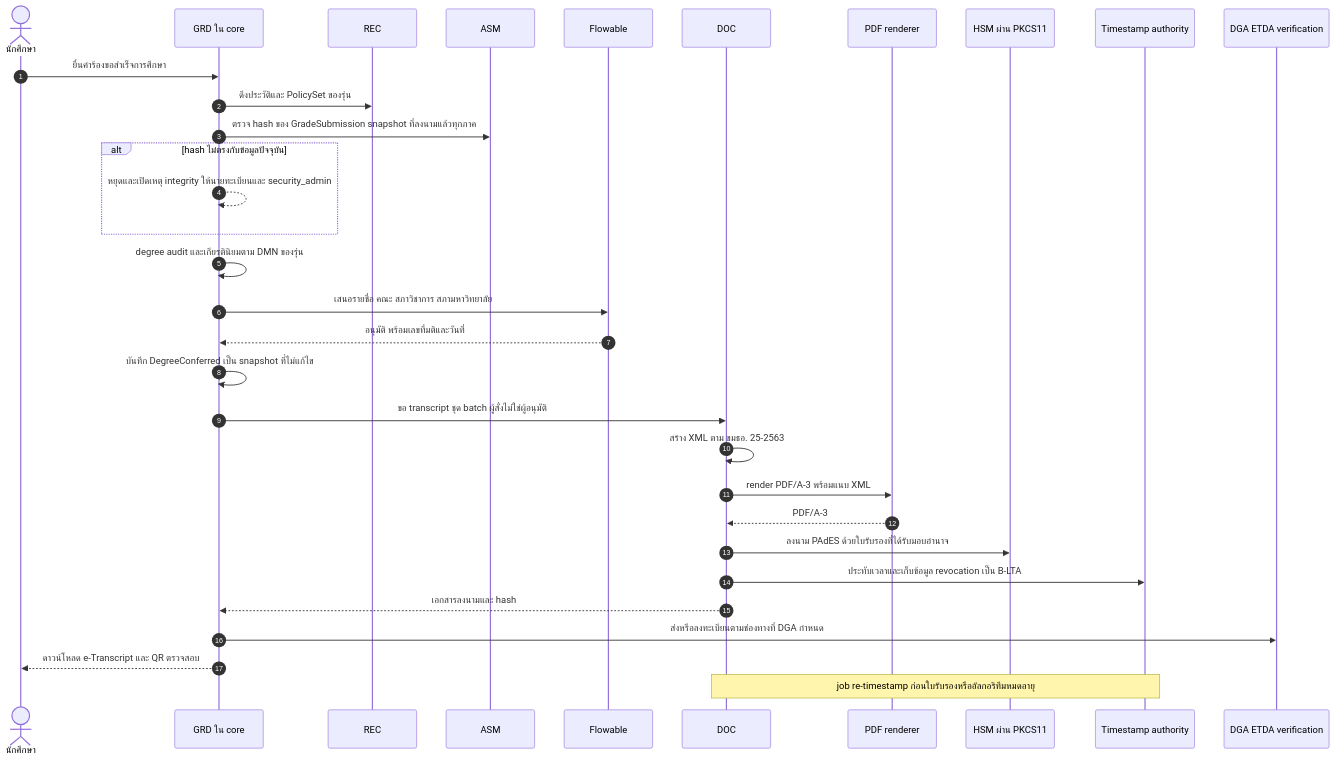
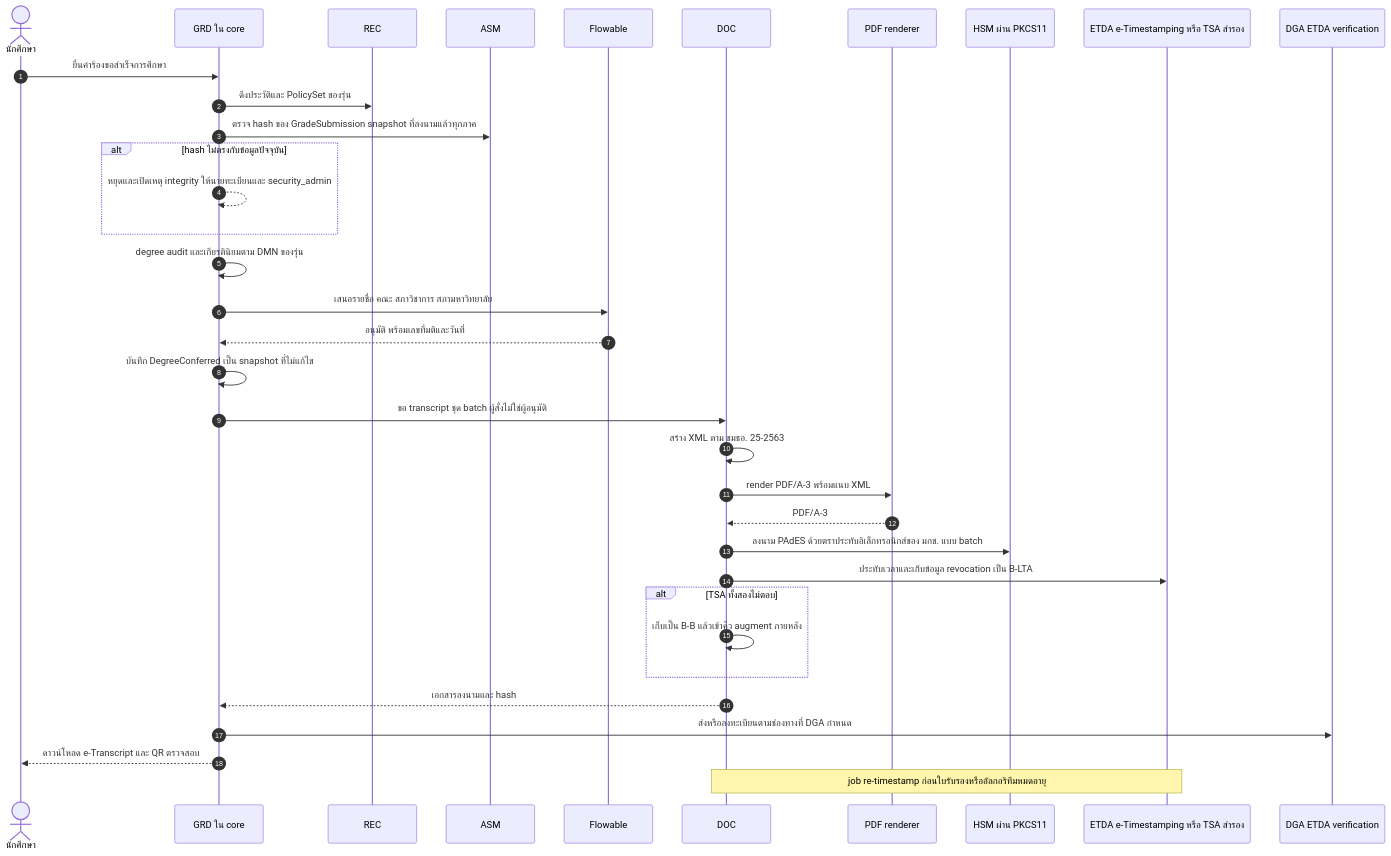
One commit to Ruttanachote/Ai changed the sixth of 7 diagrams in tnsu-system/docs/07-architecture.md. Above: the diagram before and after it, drawn with Mermaid. The commit also changed other lines of this file and 5 other files, not shown here.

````diff
--- a/tnsu-system/docs/07-architecture.md
+++ b/tnsu-system/docs/07-architecture.md
@@ -811,34 +872,37 @@
 ```mermaid
 sequenceDiagram
   autonumber
   actor ST as นักศึกษา
   participant GRD as GRD ใน core
   participant REC as REC
   participant ASM as ASM
   participant WF as Flowable
   participant DOC as DOC
   participant RD as PDF renderer
   participant SIG as HSM ผ่าน PKCS11
-  participant TSA as Timestamp authority
+  participant TSA as ETDA e-Timestamping หรือ TSA สำรอง
   participant DGA as DGA ETDA verification
   ST->>GRD: ยื่นคำร้องขอสำเร็จการศึกษา
   GRD->>REC: ดึงประวัติและ PolicySet ของรุ่น
   GRD->>ASM: ตรวจ hash ของ GradeSubmission snapshot ที่ลงนามแล้วทุกภาค
   alt hash ไม่ตรงกับข้อมูลปัจจุบัน
     GRD-->>GRD: หยุดและเปิดเหตุ integrity ให้นายทะเบียนและ security_admin
   end
   GRD->>GRD: degree audit และเกียรตินิยมตาม DMN ของรุ่น
   GRD->>WF: เสนอรายชื่อ คณะ สภาวิชาการ สภามหาวิทยาลัย
   WF-->>GRD: อนุมัติ พร้อมเลขที่มติและวันที่
   GRD->>GRD: บันทึก DegreeConferred เป็น snapshot ที่ไม่แก้ไข
   GRD->>DOC: ขอ transcript ชุด batch ผู้สั่งไม่ใช่ผู้อนุมัติ
   DOC->>DOC: สร้าง XML ตาม ขมธอ. 25-2563
   DOC->>RD: render PDF/A-3 พร้อมแนบ XML
   RD-->>DOC: PDF/A-3
-  DOC->>SIG: ลงนาม PAdES ด้วยใบรับรองที่ได้รับมอบอำนาจ
+  DOC->>SIG: ลงนาม PAdES ด้วยตราประทับอิเล็กทรอนิกส์ของ มกช. แบบ batch
   DOC->>TSA: ประทับเวลาและเก็บข้อมูล revocation เป็น B-LTA
+  alt TSA ทั้งสองไม่ตอบ
+    DOC->>DOC: เก็บเป็น B-B แล้วเข้าคิว augment ภายหลัง
+  end
   DOC-->>GRD: เอกสารลงนามและ hash
   GRD->>DGA: ส่งหรือลงทะเบียนตามช่องทางที่ DGA กำหนด
   GRD-->>ST: ดาวน์โหลด e-Transcript และ QR ตรวจสอบ
   Note over DOC,TSA: job re-timestamp ก่อนใบรับรองหรืออัลกอริทึมหมดอายุ
 ```
````
